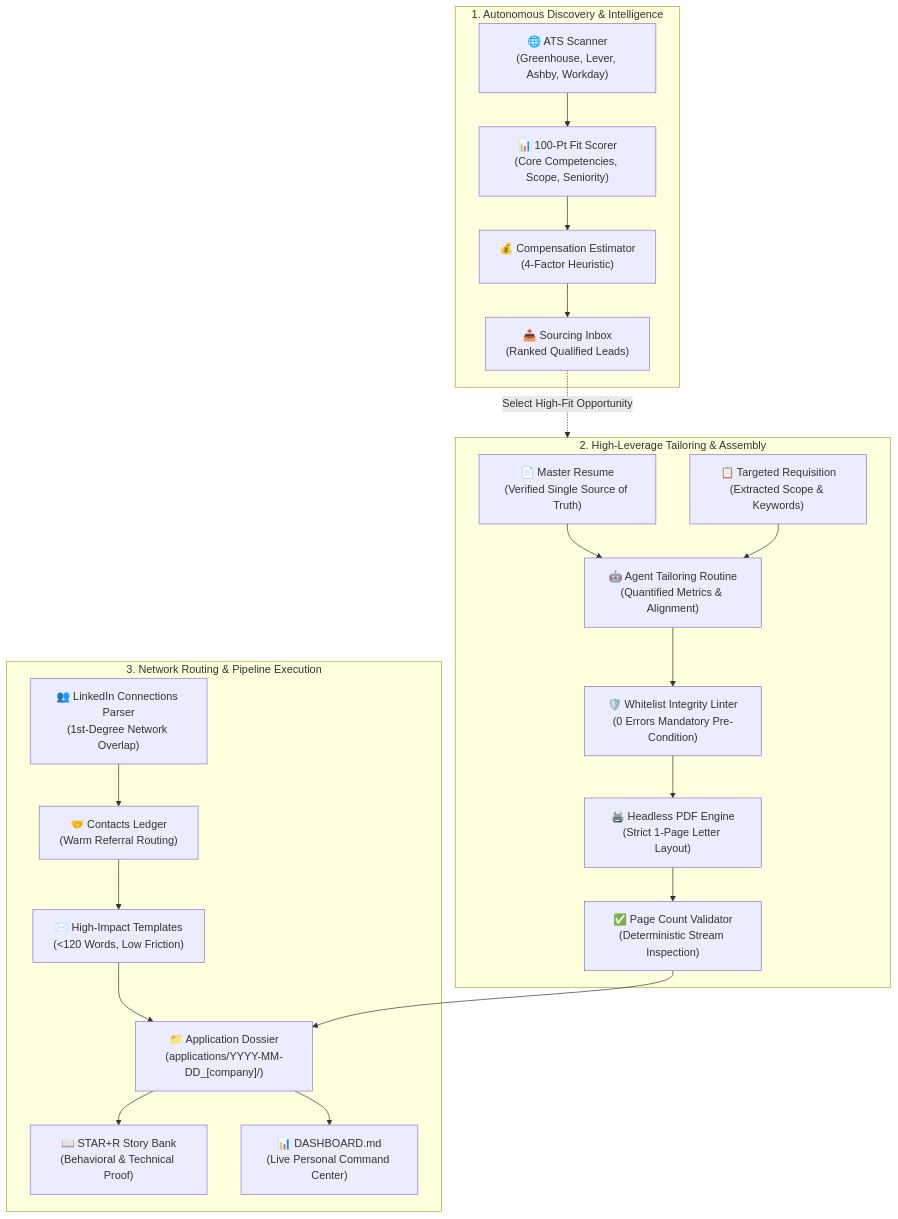
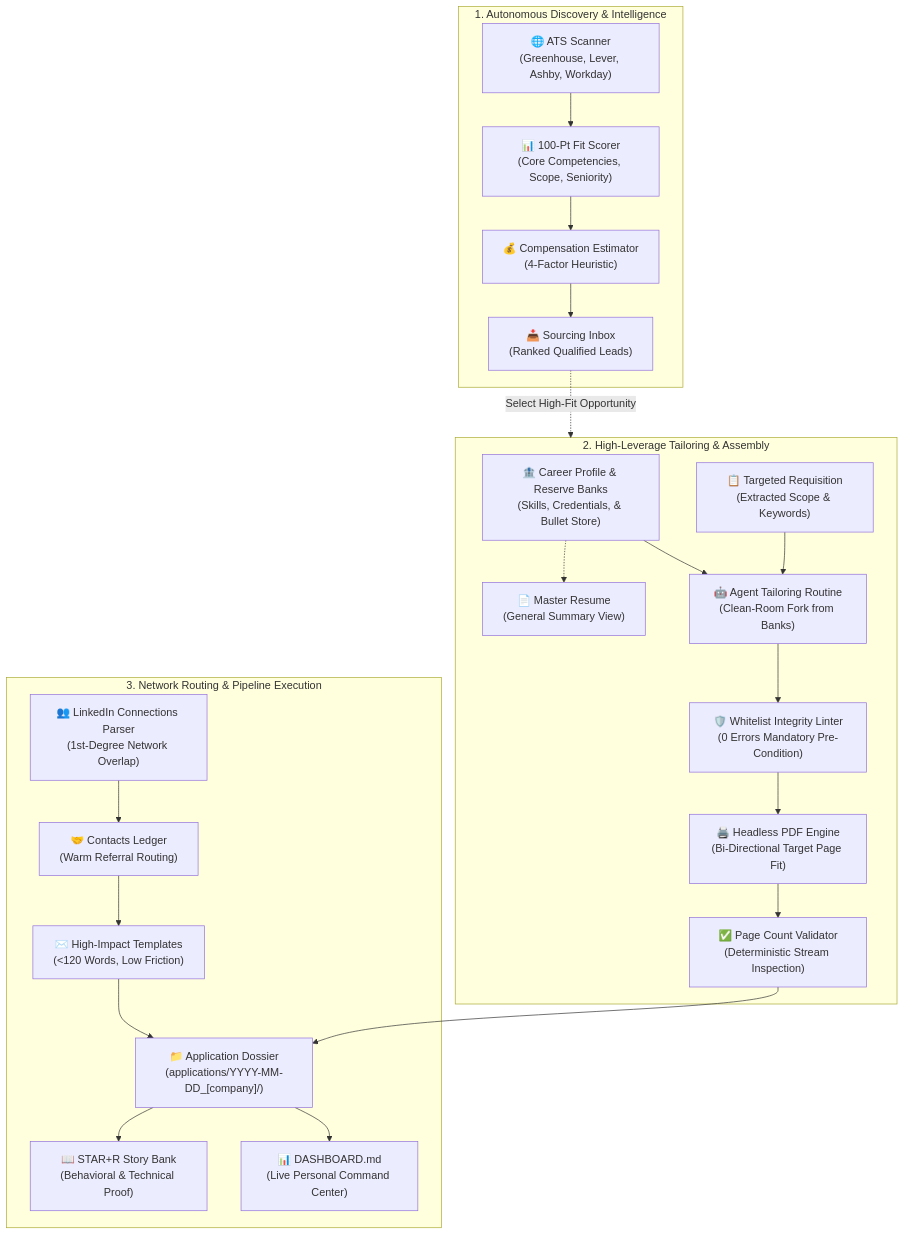
One commit to clangdanggames/agentic-career-engine changed the diagram in README.md. Above: the diagram before and after it, drawn with Mermaid. The commit also changed other lines of this file and 23 other files, not shown here.

Commit message:
feat(architecture): implement bank-first career stores, bi-directional PDF page fitting, and career-ingestion skill

````diff
--- a/README.md
+++ b/README.md
@@ -53,44 +53,46 @@
 ```mermaid
 graph TD
     subgraph Discovery [1. Autonomous Discovery & Intelligence]
         ATS["🌐 ATS Scanner\n(Greenhouse, Lever, Ashby, Workday)"]
         Scorer["📊 100-Pt Fit Scorer\n(Core Competencies, Scope, Seniority)"]
         Comp["💰 Compensation Estimator\n(4-Factor Heuristic)"]
         Inbox["📥 Sourcing Inbox\n(Ranked Qualified Leads)"]
         
         ATS --> Scorer
         Scorer --> Comp
         Comp --> Inbox
     end
 
     subgraph Preparation [2. High-Leverage Tailoring & Assembly]
-        MasterResume["📄 Master Resume\n(Verified Single Source of Truth)"]
+        CareerBanks["🏦 Career Profile & Reserve Banks\n(Skills, Credentials, & Bullet Store)"]
+        MasterResume["📄 Master Resume\n(General Summary View)"]
         JD["📋 Targeted Requisition\n(Extracted Scope & Keywords)"]
-        Tailor["🤖 Agent Tailoring Routine\n(Quantified Metrics & Alignment)"]
+        Tailor["🤖 Agent Tailoring Routine\n(Clean-Room Fork from Banks)"]
         Linter["🛡️ Whitelist Integrity Linter\n(0 Errors Mandatory Pre-Condition)"]
-        PDF["🖨️ Headless PDF Engine\n(Strict 1-Page Letter Layout)"]
+        PDF["🖨️ Headless PDF Engine\n(Bi-Directional Target Page Fit)"]
         Validator["✅ Page Count Validator\n(Deterministic Stream Inspection)"]
         
-        MasterResume & JD --> Tailor
+        CareerBanks -.-> MasterResume
+        CareerBanks & JD --> Tailor
         Tailor --> Linter
         Linter --> PDF
         PDF --> Validator
     end
 
     subgraph Activation [3. Network Routing & Pipeline Execution]
         LinkedIn["👥 LinkedIn Connections Parser\n(1st-Degree Network Overlap)"]
         Contacts["🤝 Contacts Ledger\n(Warm Referral Routing)"]
         Outreach["✉️ High-Impact Templates\n(<120 Words, Low Friction)"]
         Dossier["📁 Application Dossier\n(applications/YYYY-MM-DD_[company]/)"]
         STAR["📖 STAR+R Story Bank\n(Behavioral & Technical Proof)"]
         Dash["📊 DASHBOARD.md\n(Live Personal Command Center)"]
         
         LinkedIn --> Contacts
         Contacts --> Outreach
         Outreach & Validator --> Dossier
         Dossier --> STAR
         Dossier --> Dash
     end
 
     Inbox -.->|Select High-Fit Opportunity| Preparation
 ```
````
